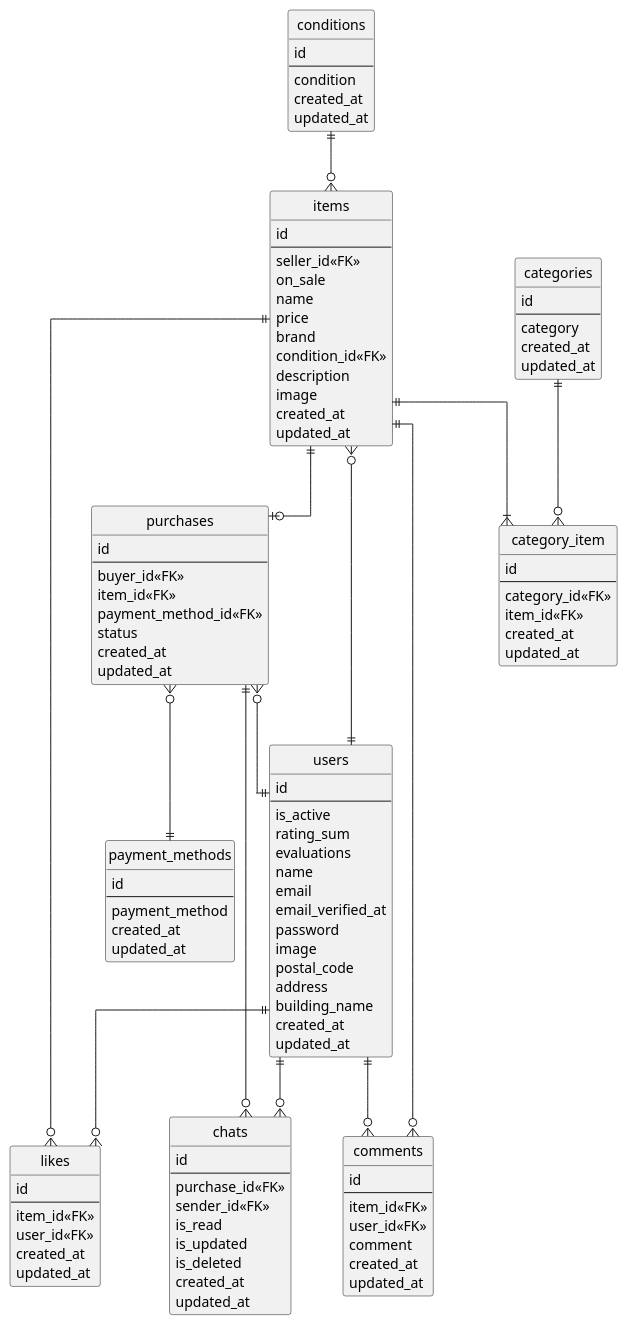
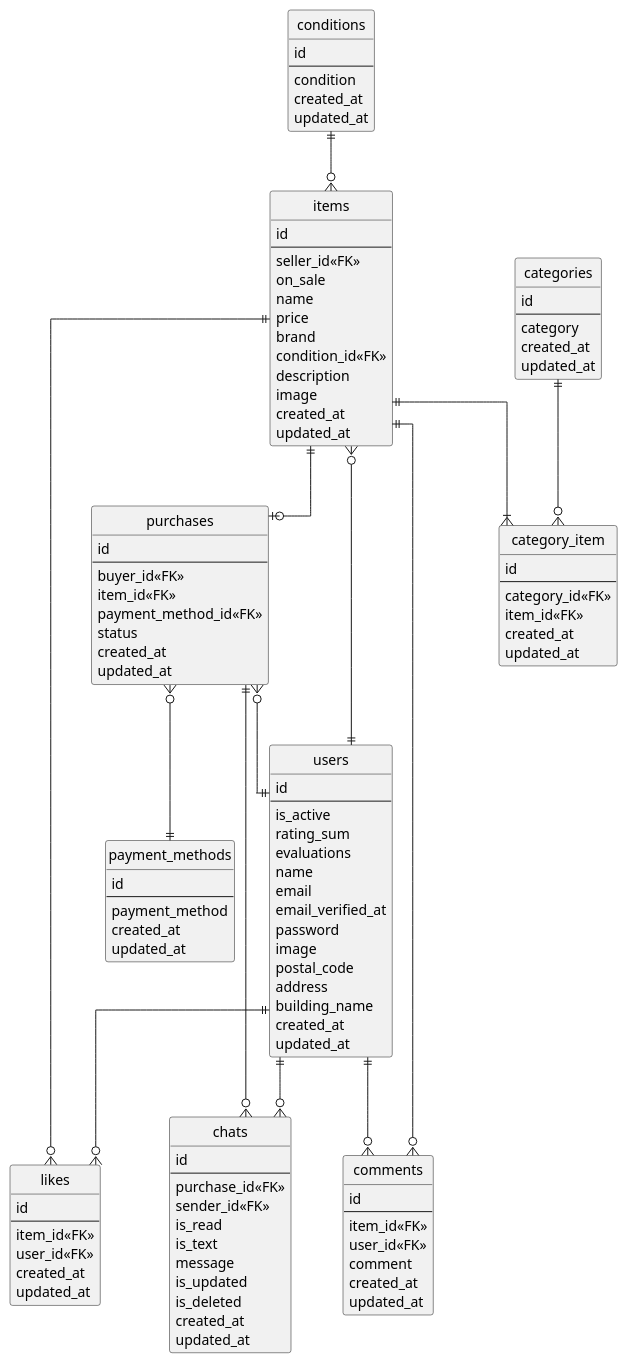
The diagram in img/carmeri.plantuml (Atsu-su/carmeri), drawn with PlantUML before and after one commit. The commit also changed 26 other files, not shown here.

```diff
--- a/img/carmeri.plantuml
+++ b/img/carmeri.plantuml
@@ -1,130 +1,132 @@
 @startuml carmeri
 ' hide the spot
 hide circle
 
 ' avoid problems with angled crows feet
 skinparam linetype ortho
 
 entity "users" as users {
   id
   --
   is_active
   rating_sum
   evaluations
   name
   email
   email_verified_at
   password
   image
   postal_code
   address
   building_name
   created_at
   updated_at
 }
 
 entity "categories" as categories {
   id
   --
   category
   created_at
   updated_at
 }
 
 entity "category_item" as category_item {
   id
   --
   category_id<<FK>>
   item_id<<FK>>
   created_at
   updated_at
 }
 
 entity "conditions" as conditions {
   id
   --
   condition
   created_at
   updated_at
 }
 
 entity "items" as items {
   id
   --
   seller_id<<FK>>
   on_sale
   name
   price
   brand
   condition_id<<FK>>
   description
   image
   created_at
   updated_at
 }
 
 entity "payment_methods" as payment_methods {
   id
   --
   payment_method
   created_at
   updated_at
 }
 
 entity "purchases" as purchases {
   id
   --
   buyer_id<<FK>>
   item_id<<FK>>
   payment_method_id<<FK>>
   status
   created_at
   updated_at
 }
 
 entity "likes" as likes {
   id
   --
   item_id<<FK>>
   user_id<<FK>>
   created_at
   updated_at
 }
 
 entity "comments" as comments {
   id
   --
   item_id<<FK>>
   user_id<<FK>>
   comment
   created_at
   updated_at
 }
 
 entity "chats" as chats {
   id
   --
   purchase_id<<FK>>
   sender_id<<FK>>
   is_read
+  is_text
+  message
   is_updated
   is_deleted
   created_at
   updated_at
 }
 
 users ||--o{ chats
 purchases ||--o{ chats
 categories ||--o{ category_item
 conditions ||--o{ items
 items ||--|{ category_item
 items ||--o{ likes
 items ||--o| purchases
 items ||--o{ comments
 items }o--|| users
 purchases }o--|| users
 users ||--o{ likes
 users ||--o{ comments
 purchases }o--|| payment_methods
 
 @enduml
```
